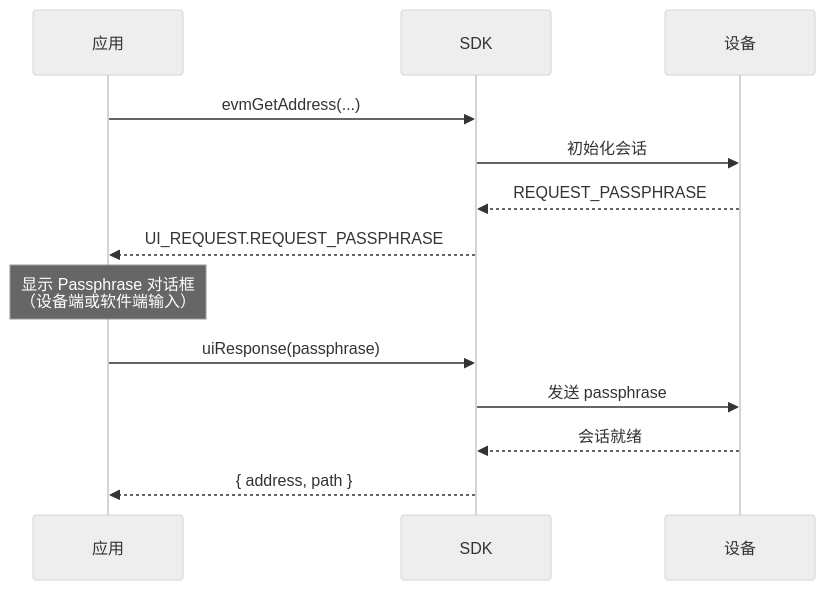
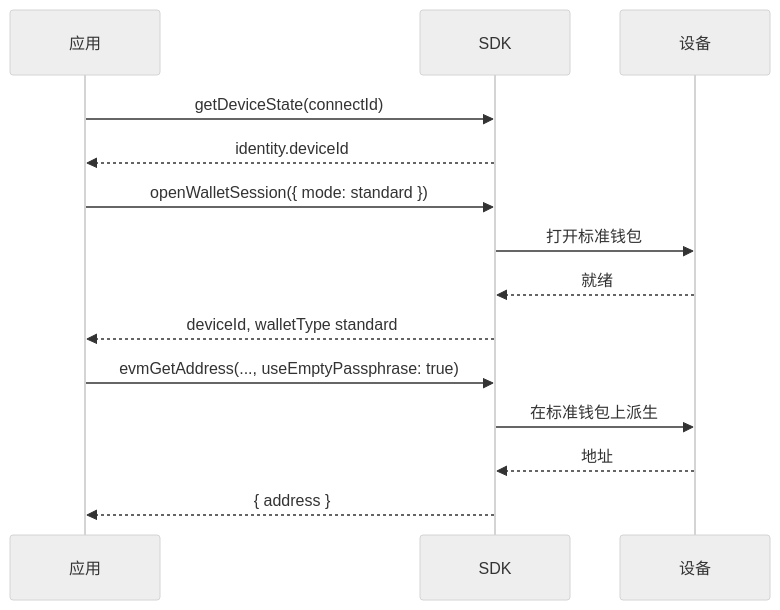
One commit to OneKeyHQ/hardware-js-sdk changed the first of 2 diagrams in packages/connect-examples/developer-portal/content/zh/hardware-sdk/concepts/passphrase.mdx. Above: the diagram before and after it, drawn with Mermaid (neutral theme). The commit also changed other lines of this file and 3 other files, not shown here.

Commit message:
docs: redraw passphrase and wallet-session flows on 1.2 APIs

````diff
--- a/packages/connect-examples/developer-portal/content/zh/hardware-sdk/concepts/passphrase.mdx
+++ b/packages/connect-examples/developer-portal/content/zh/hardware-sdk/concepts/passphrase.mdx
@@ -57,16 +36,17 @@
 ```mermaid
 sequenceDiagram
     participant App as 应用
     participant SDK
     participant Device as 设备
 
-    App->>SDK: evmGetAddress(...)
-    SDK->>Device: 初始化会话
-    Device-->>SDK: REQUEST_PASSPHRASE
-    SDK-->>App: UI_REQUEST.REQUEST_PASSPHRASE
-    Note over App: 显示 Passphrase 对话框<br/>（设备端或软件端输入）
-    App->>SDK: uiResponse(passphrase)
-    SDK->>Device: 发送 passphrase
-    Device-->>SDK: 会话就绪
-    SDK-->>App: { address, path }
+    App->>SDK: getDeviceState(connectId)
+    SDK-->>App: identity.deviceId
+    App->>SDK: openWalletSession({ mode: standard })
+    SDK->>Device: 打开标准钱包
+    Device-->>SDK: 就绪
+    SDK-->>App: deviceId, walletType standard
+    App->>SDK: evmGetAddress(..., useEmptyPassphrase: true)
+    SDK->>Device: 在标准钱包上派生
+    Device-->>SDK: 地址
+    SDK-->>App: { address }
 ```
````
